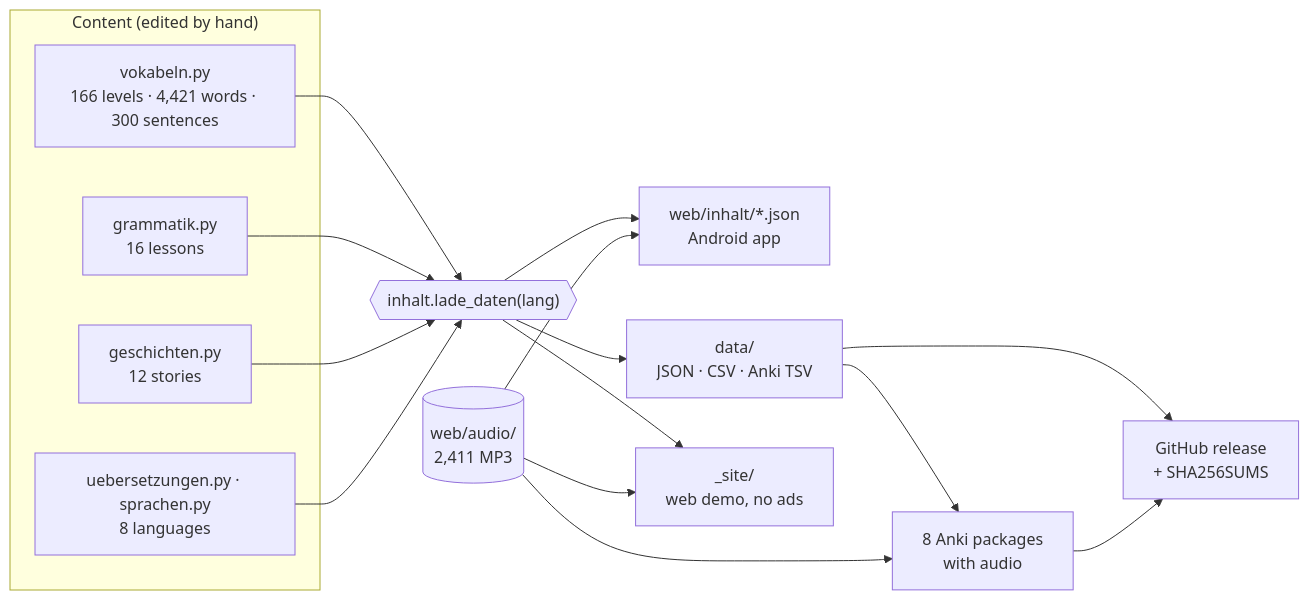
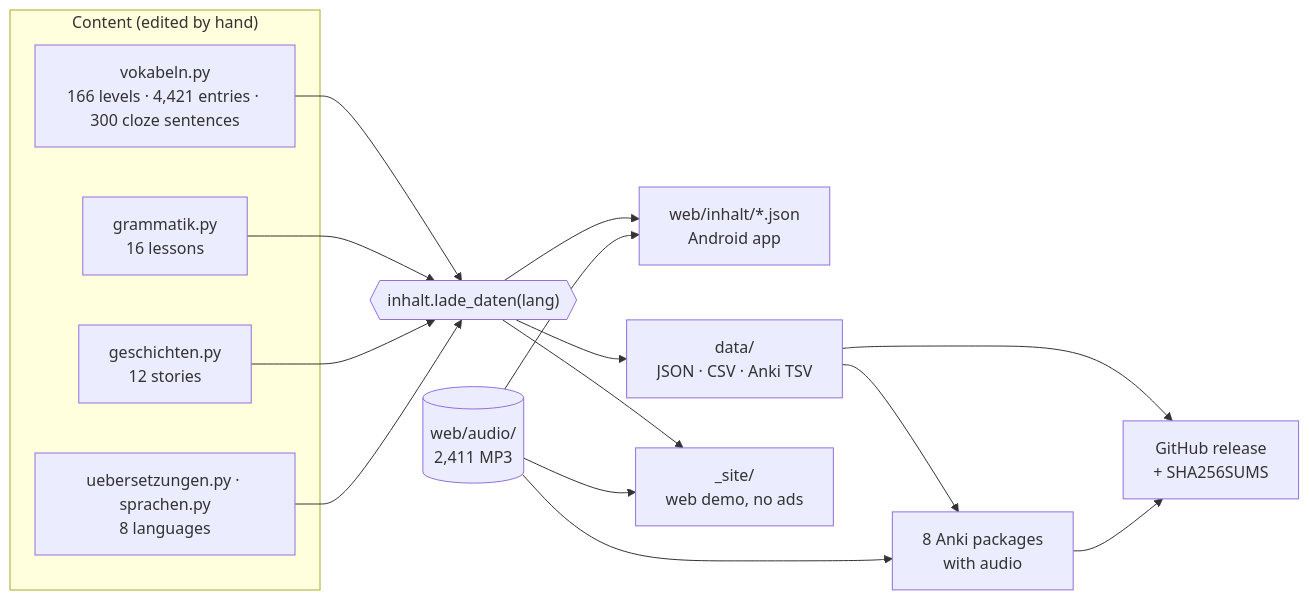
Before and after one commit to zmaj-lernapp/zmaj: the first of 2 diagrams in README.md, drawn with Mermaid. The commit also changed other lines of this file and 4 other files, not shown here.

````diff
--- a/README.md
+++ b/README.md
@@ -129,19 +130,19 @@
 ```mermaid
 flowchart LR
   subgraph src["Content (edited by hand)"]
-    V["vokabeln.py<br/>166 levels · 4,421 words · 300 sentences"]
+    V["vokabeln.py<br/>166 levels · 4,421 entries · 300 cloze sentences"]
     G["grammatik.py<br/>16 lessons"]
     S["geschichten.py<br/>12 stories"]
     U["uebersetzungen.py · sprachen.py<br/>8 languages"]
   end
   L{{"inhalt.lade_daten(lang)"}}
   V & G & S & U --> L
   A[("web/audio/<br/>2,411 MP3")]
   L --> APP["web/inhalt/*.json<br/>Android app"]
   L --> DS["data/<br/>JSON · CSV · Anki TSV"]
   L --> DEMO["_site/<br/>web demo, no ads"]
   DS --> ANKI["8 Anki packages<br/>with audio"]
   A --> APP & DEMO & ANKI
   DS --> REL["GitHub release<br/>+ SHA256SUMS"]
   ANKI --> REL
 ```
````
